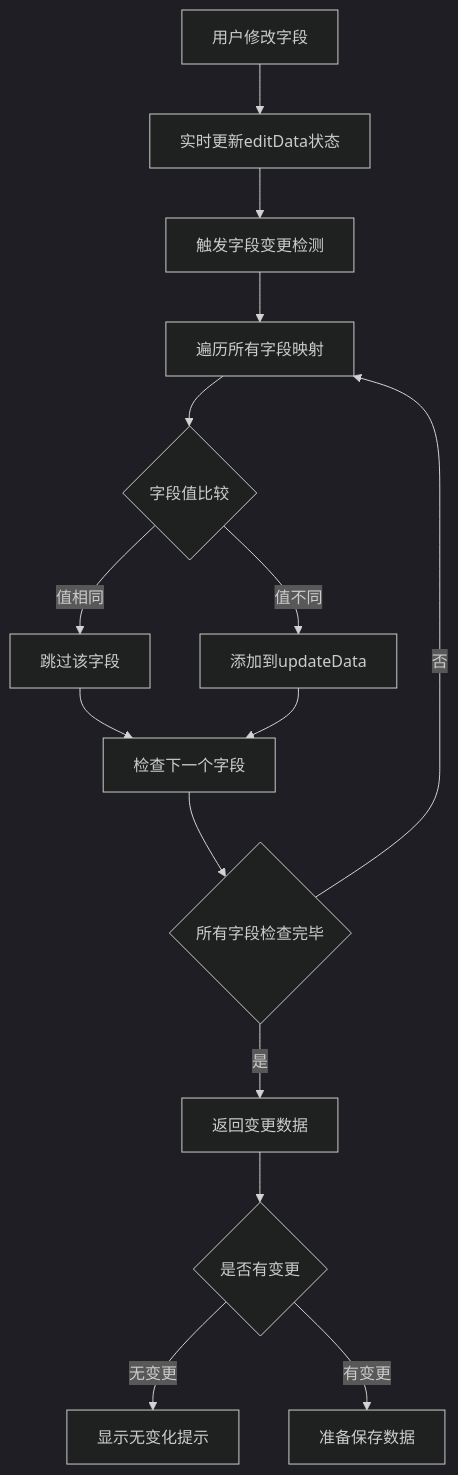
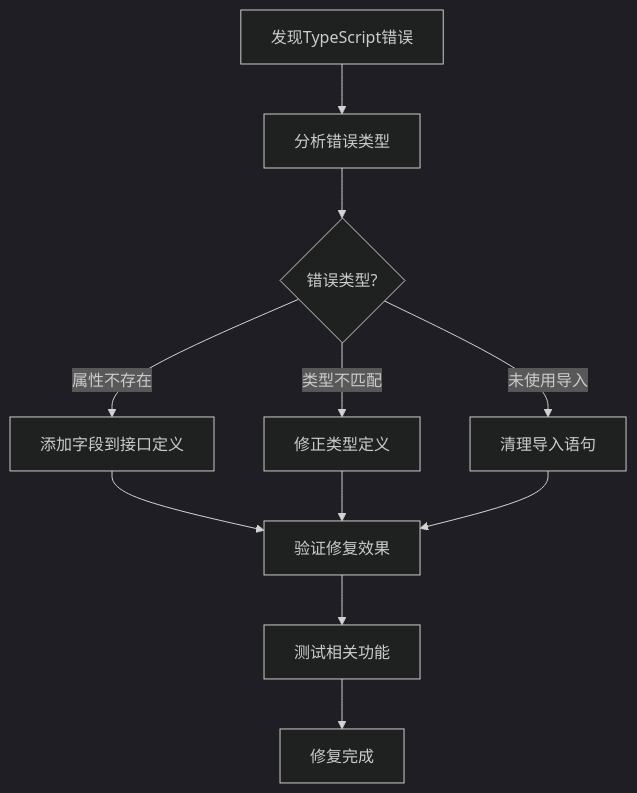
One commit to zhuoweishun/shuijing-erp changed the eighth of 14 diagrams in .trae/documents/05-业务流程详细规范文档.md. Above: the diagram before and after it, drawn with Mermaid (dark theme). The commit also changed other lines of this file and 118 other files, not shown here.

````diff
--- a/.trae/documents/05-业务流程详细规范文档.md
+++ b/.trae/documents/05-业务流程详细规范文档.md
@@ -609,17 +329,13 @@
 ```mermaid
 flowchart TD
-    A[用户修改字段] --> B[实时更新editData状态]
-    B --> C[触发字段变更检测]
-    C --> D[遍历所有字段映射]
-    D --> E{字段值比较}
-    E -->|值相同| F[跳过该字段]
-    E -->|值不同| G[添加到updateData]
-    F --> H[检查下一个字段]
-    G --> H
-    H --> I{所有字段检查完毕}
-    I -->|否| D
-    I -->|是| J[返回变更数据]
-    J --> K{是否有变更}
-    K -->|无变更| L[显示无变化提示]
-    K -->|有变更| M[准备保存数据]
+    A[发现TypeScript错误] --> B[分析错误类型]
+    B --> C{错误类型?}
+    C -->|属性不存在| D[添加字段到接口定义]
+    C -->|类型不匹配| E[修正类型定义]
+    C -->|未使用导入| F[清理导入语句]
+    D --> G[验证修复效果]
+    E --> G
+    F --> G
+    G --> H[测试相关功能]
+    H --> I[修复完成]
 ```
````
